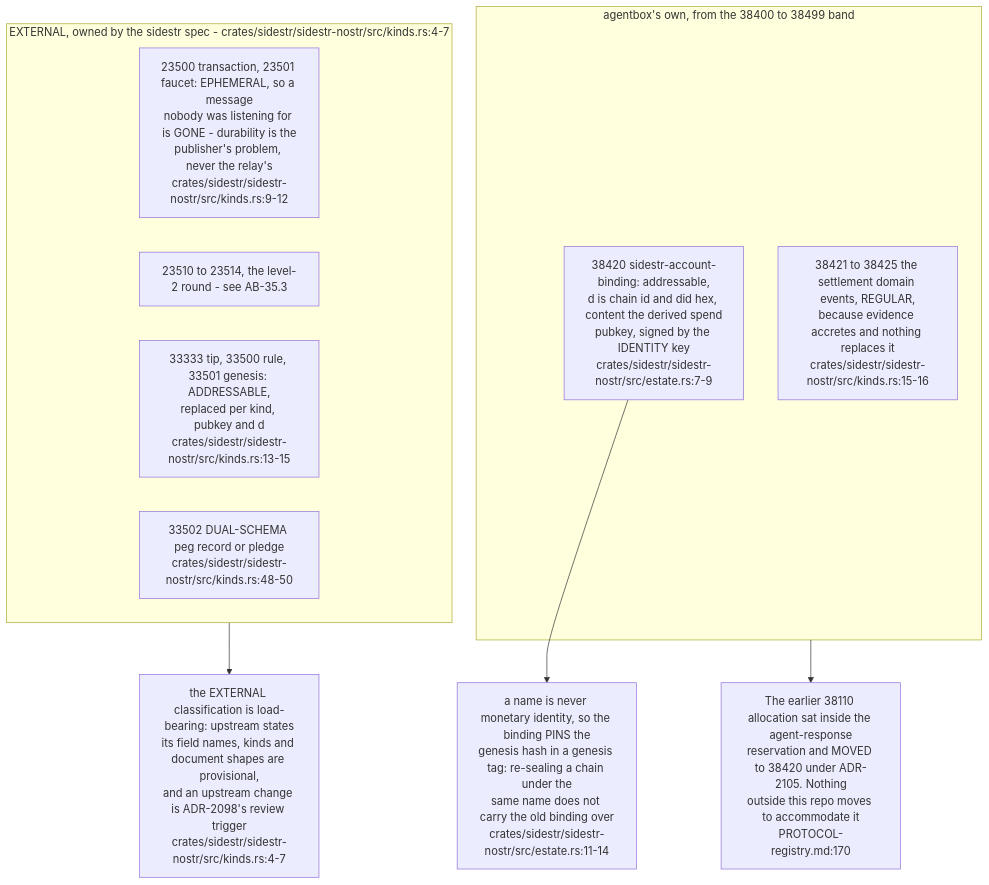
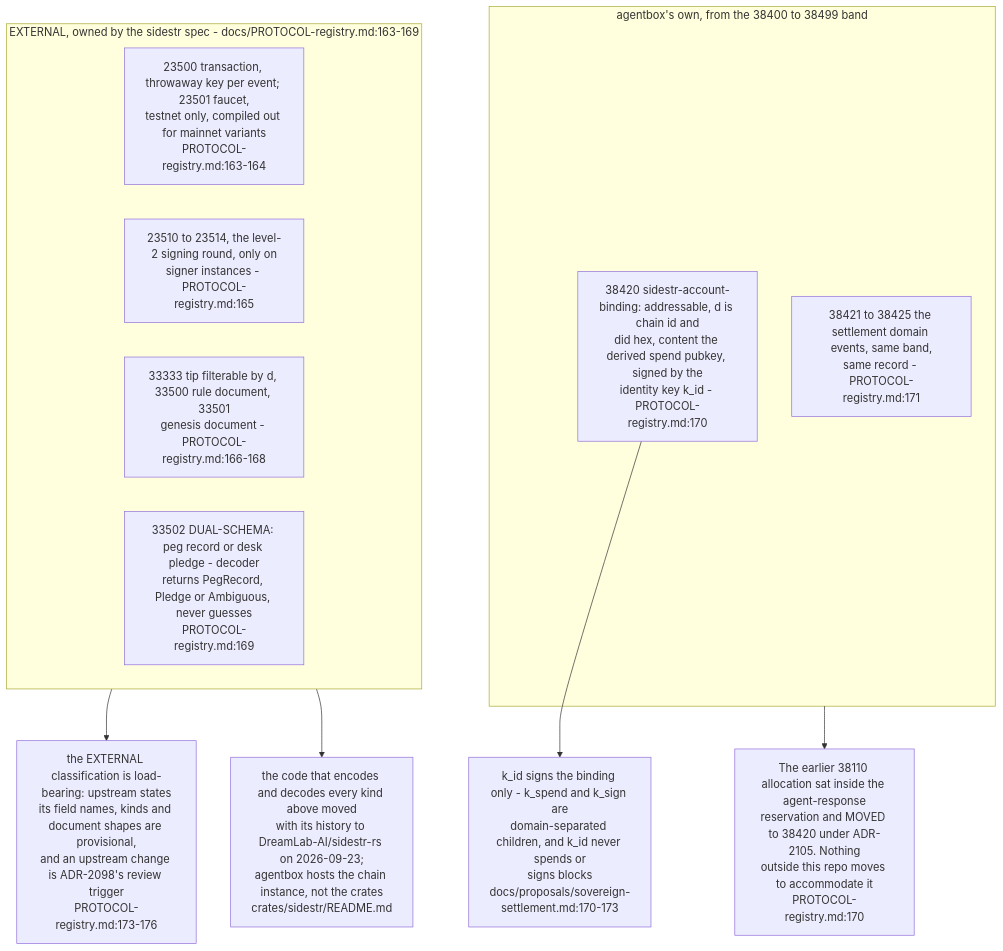
Before and after one commit to DreamLab-AI/VisionFlow: the fourth of 5 diagrams in docs/diagrams/agentbox/34-sidestr-interim-producer-and-mirror.md, drawn with Mermaid. The commit also changed other lines of this file and 136 other files, not shown here.

First line of the commit message:
docs(diagrams): refresh the whole corpus to code HEAD and prune low-value diagrams

````diff
--- a/docs/diagrams/agentbox/34-sidestr-interim-producer-and-mirror.md
+++ b/docs/diagrams/agentbox/34-sidestr-interim-producer-and-mirror.md
@@ -127,17 +133,18 @@
 ```mermaid
 flowchart TB
-    subgraph ext["EXTERNAL, owned by the sidestr spec - crates/sidestr/sidestr-nostr/src/kinds.rs:4-7"]
-        E1["23500 transaction, 23501 faucet: EPHEMERAL, so a message<br/>nobody was listening for is GONE - durability is the<br/>publisher's problem, never the relay's<br/>crates/sidestr/sidestr-nostr/src/kinds.rs:9-12"]
-        E2["23510 to 23514, the level-2 round - see AB-35.3"]
-        E3["33333 tip, 33500 rule, 33501 genesis: ADDRESSABLE,<br/>replaced per kind, pubkey and d<br/>crates/sidestr/sidestr-nostr/src/kinds.rs:13-15"]
-        E4["33502 DUAL-SCHEMA peg record or pledge<br/>crates/sidestr/sidestr-nostr/src/kinds.rs:48-50"]
+    subgraph ext["EXTERNAL, owned by the sidestr spec - docs/PROTOCOL-registry.md:163-169"]
+        E1["23500 transaction, throwaway key per event; 23501 faucet,<br/>testnet only, compiled out for mainnet variants<br/>PROTOCOL-registry.md:163-164"]
+        E2["23510 to 23514, the level-2 signing round, only on<br/>signer instances - PROTOCOL-registry.md:165"]
+        E3["33333 tip filterable by d, 33500 rule document, 33501<br/>genesis document - PROTOCOL-registry.md:166-168"]
+        E4["33502 DUAL-SCHEMA: peg record or desk pledge - decoder<br/>returns PegRecord, Pledge or Ambiguous, never guesses<br/>PROTOCOL-registry.md:169"]
     end
     subgraph est["agentbox's own, from the 38400 to 38499 band"]
-        B1["38420 sidestr-account-binding: addressable,<br/>d is chain id and did hex, content the derived spend<br/>pubkey, signed by the IDENTITY key<br/>crates/sidestr/sidestr-nostr/src/estate.rs:7-9"]
-        B2["38421 to 38425 the settlement domain events, REGULAR,<br/>because evidence accretes and nothing replaces it<br/>crates/sidestr/sidestr-nostr/src/kinds.rs:15-16"]
+        B1["38420 sidestr-account-binding: addressable, d is chain id and<br/>did hex, content the derived spend pubkey, signed by the<br/>identity key k_id - PROTOCOL-registry.md:170"]
+        B2["38421 to 38425 the settlement domain events, same band,<br/>same record - PROTOCOL-registry.md:171"]
     end
     MOVE["The earlier 38110 allocation sat inside the agent-response<br/>reservation and MOVED to 38420 under ADR-2105. Nothing<br/>outside this repo moves to accommodate it<br/>PROTOCOL-registry.md:170"]
     est --> MOVE
-    B1 --> PIN["a name is never monetary identity, so the binding PINS the<br/>genesis hash in a genesis tag: re-sealing a chain under the<br/>same name does not carry the old binding over<br/>crates/sidestr/sidestr-nostr/src/estate.rs:11-14"]
-    ext --> PROV["the EXTERNAL classification is load-bearing: upstream states<br/>its field names, kinds and document shapes are provisional,<br/>and an upstream change is ADR-2098's review trigger<br/>crates/sidestr/sidestr-nostr/src/kinds.rs:4-7"]
+    B1 --> SEP["k_id signs the binding only - k_spend and k_sign are<br/>domain-separated children, and k_id never spends or<br/>signs blocks<br/>docs/proposals/sovereign-settlement.md:170-173"]
+    ext --> PROV["the EXTERNAL classification is load-bearing: upstream states<br/>its field names, kinds and document shapes are provisional,<br/>and an upstream change is ADR-2098's review trigger<br/>PROTOCOL-registry.md:173-176"]
+    ext --> RS["the code that encodes and decodes every kind above moved<br/>with its history to DreamLab-AI/sidestr-rs on 2026-09-23;<br/>agentbox hosts the chain instance, not the crates<br/>crates/sidestr/README.md"]
 ```
````
